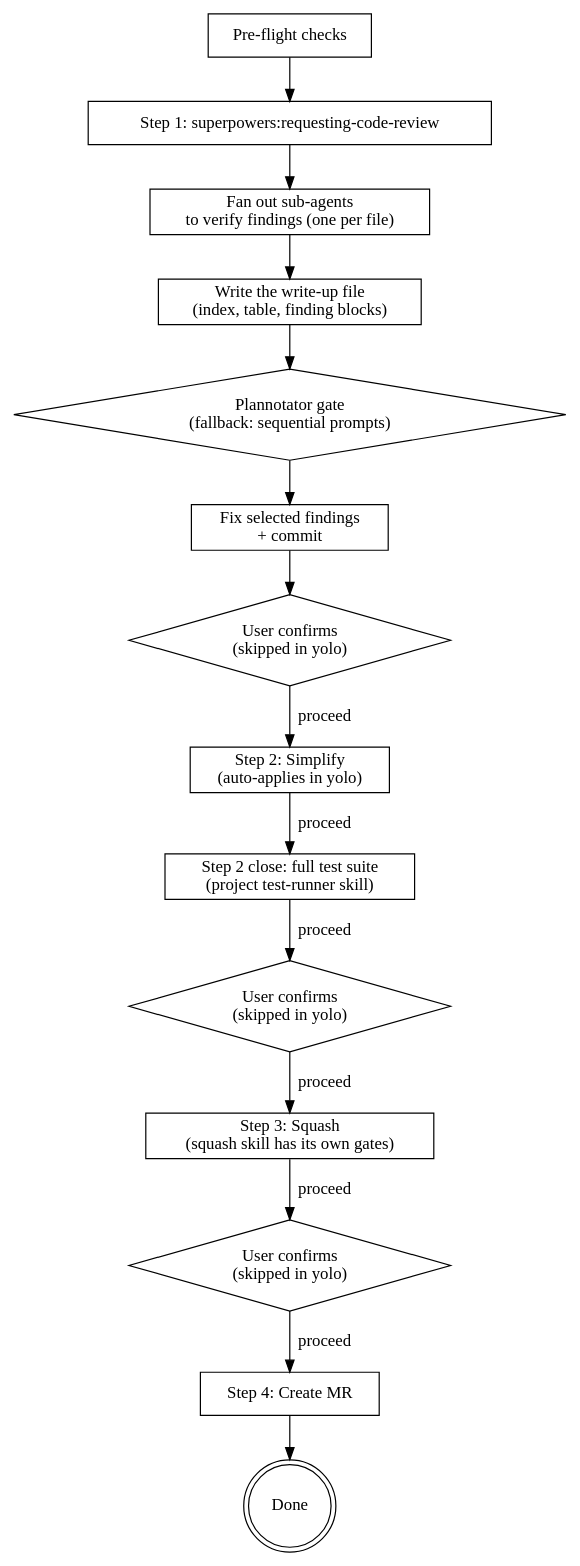
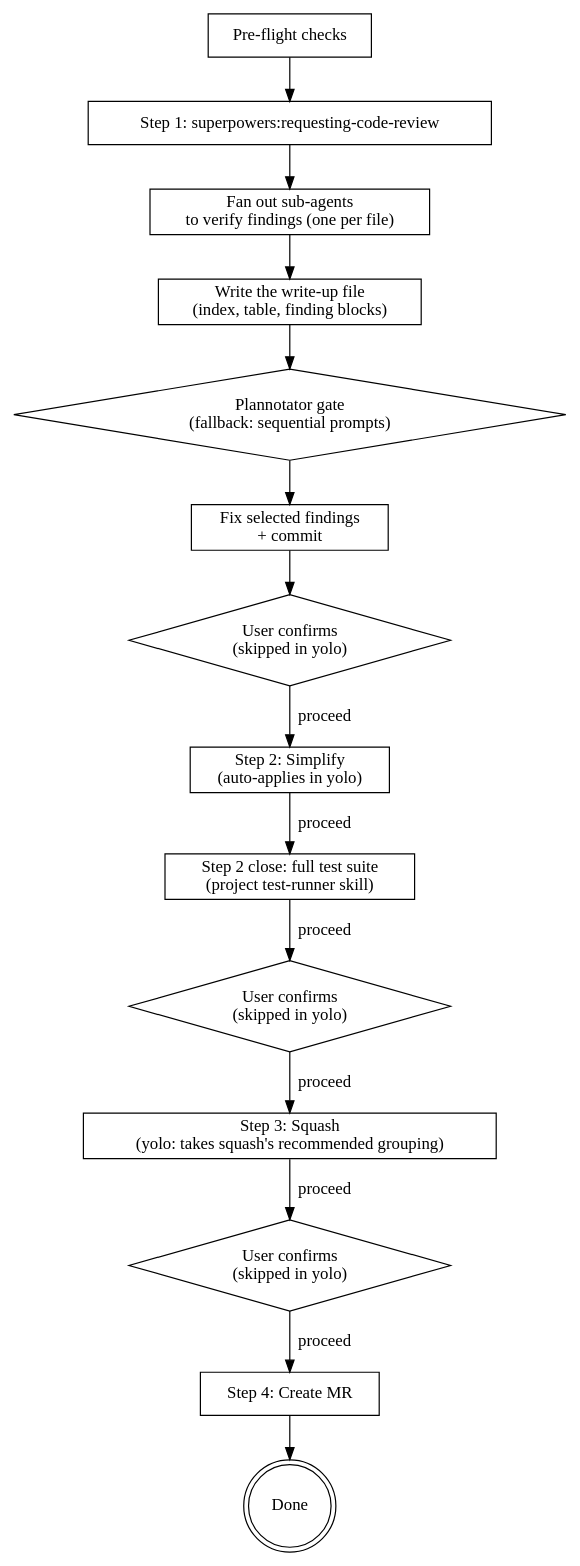
One commit to Minkey27/ai-skills changed the diagram in skills/finalize-branch/SKILL.md. Above: the diagram before and after it, drawn with Graphviz. The commit also changed other lines of this file and 1 other file, not shown here.

First line of the commit message:
feat(squash,finalize-branch): yolo takes the recommended grouping

````diff
--- a/skills/finalize-branch/SKILL.md
+++ b/skills/finalize-branch/SKILL.md
@@ -65,27 +65,27 @@
 ```dot
 digraph finalize {
     rankdir=TB;
     node [shape=box];
 
     preflight [label="Pre-flight checks"];
     review [label="Step 1: superpowers:requesting-code-review"];
     verify [label="Fan out sub-agents\nto verify findings (one per file)"];
     present [label="Write the write-up file\n(index, table, finding blocks)"];
     curate [label="Plannotator gate\n(fallback: sequential prompts)" shape=diamond];
     fix [label="Fix selected findings\n+ commit"];
     gate1 [label="User confirms\n(skipped in yolo)" shape=diamond];
     simplify [label="Step 2: Simplify\n(auto-applies in yolo)"];
     suite [label="Step 2 close: full test suite\n(project test-runner skill)"];
     gate2 [label="User confirms\n(skipped in yolo)" shape=diamond];
-    squash [label="Step 3: Squash\n(squash skill has its own gates)"];
+    squash [label="Step 3: Squash\n(yolo: takes squash's recommended grouping)"];
     gate3 [label="User confirms\n(skipped in yolo)" shape=diamond];
     mr [label="Step 4: Create MR"];
     done [label="Done" shape=doublecircle];
 
     preflight -> review -> verify -> present -> curate -> fix -> gate1;
     gate1 -> simplify [label="proceed"];
     simplify -> suite -> gate2 -> squash [label="proceed"];
     squash -> gate3 -> mr [label="proceed"];
     mr -> done;
 }
 ```
````
